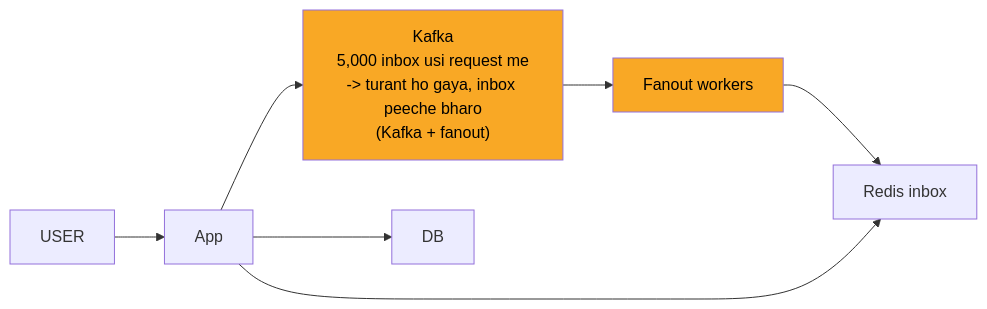
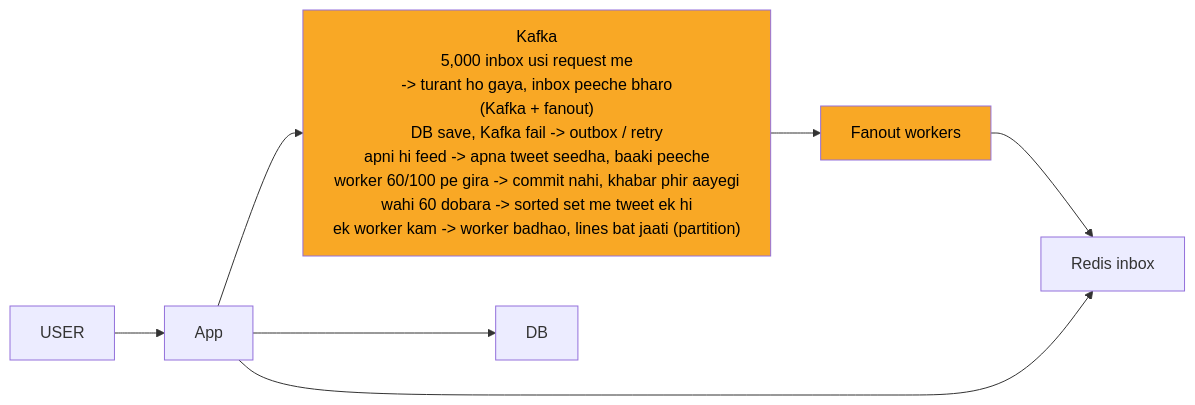
The third of 12 diagrams in 04_HLD/SYSTEM_DESIGNS/03_twitter_feed/03_twitter_feed.md (ArpanMaheshwari144/Prep), drawn with Mermaid before and after one commit. The commit also changed other lines of this file and 12 other files, not shown here.

Commit message:
hld 02-14: peele dabbe me SAFAR ke mod + diagram chauda (wrappingWidth 450)

````diff
--- a/04_HLD/SYSTEM_DESIGNS/03_twitter_feed/03_twitter_feed.md
+++ b/04_HLD/SYSTEM_DESIGNS/03_twitter_feed/03_twitter_feed.md
@@ -137,17 +139,18 @@
 ```mermaid
+%%{init: {"flowchart": {"wrappingWidth": 450}}}%%
 flowchart LR
     n_USER["USER"]
     n_App["App"]
-    n_Kafka["Kafka<br/>5,000 inbox usi request me<br/>-> turant ho gaya, inbox peeche bharo<br/>(Kafka + fanout)"]
+    n_Kafka["Kafka<br/>5,000 inbox usi request me<br/>-> turant ho gaya, inbox peeche bharo<br/>(Kafka + fanout)<br/>DB save, Kafka fail -> outbox / retry<br/>apni hi feed -> apna tweet seedha, baaki peeche<br/>worker 60/100 pe gira -> commit nahi, khabar phir aayegi<br/>wahi 60 dobara -> sorted set me tweet ek hi<br/>ek worker kam -> worker badhao, lines bat jaati (partition)"]
     n_Fanout_workers["Fanout workers"]
     n_Redis_inbox["Redis inbox"]
     n_DB["DB"]
     n_USER --> n_App
     n_App --> n_Kafka
     n_App --> n_DB
     n_Kafka --> n_Fanout_workers
     n_Fanout_workers --> n_Redis_inbox
     n_App --> n_Redis_inbox
     style n_Kafka fill:#f9a825,color:#000
     style n_Fanout_workers fill:#f9a825,color:#000
 ```
````
